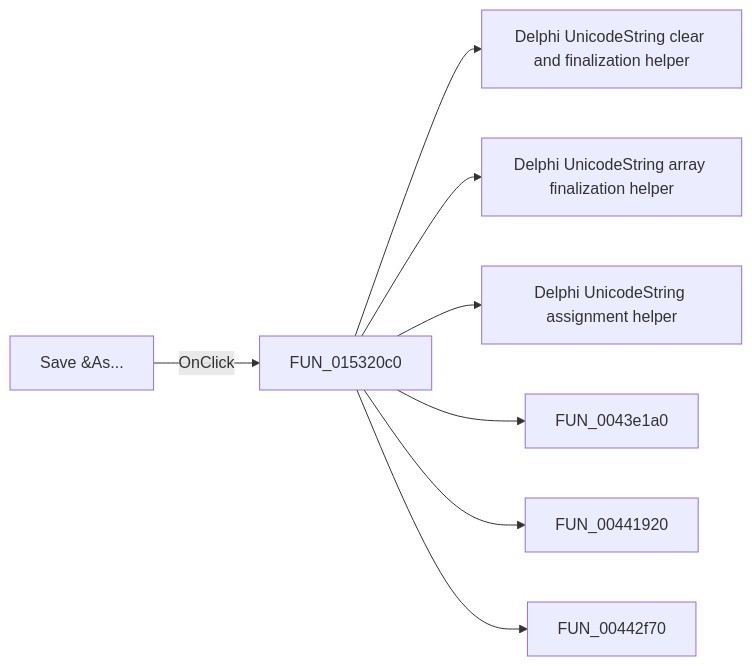
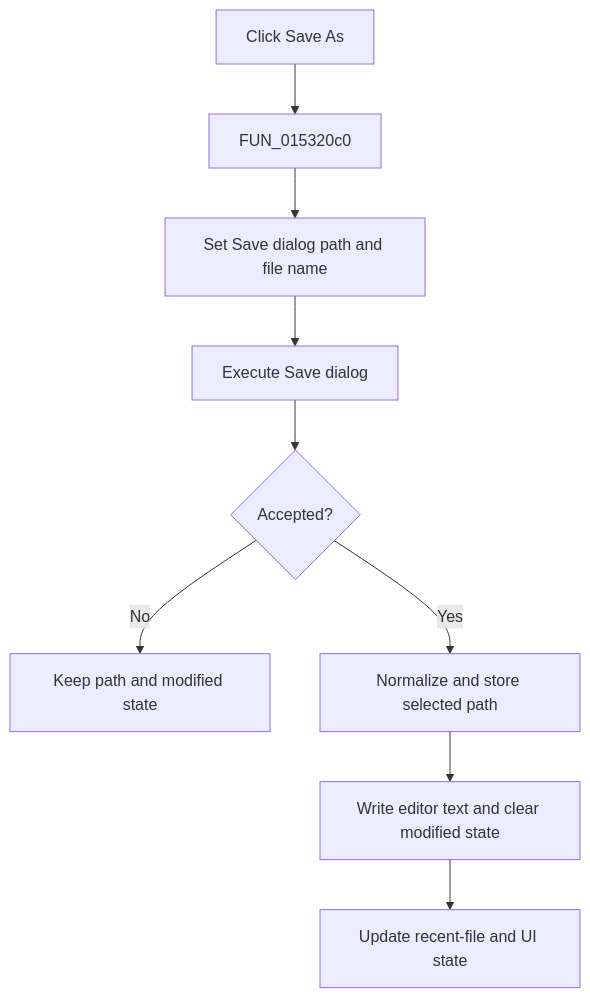
Before and after one commit to MovGP0/TIARA: the diagram in docs/ui-controls/netlisteditor/misaveas-3862886cb5.md, drawn with Mermaid. The commit also changed other lines of this file and 1062 other files, not shown here.

````diff
--- a/docs/ui-controls/netlisteditor/misaveas-3862886cb5.md
+++ b/docs/ui-controls/netlisteditor/misaveas-3862886cb5.md
@@ -27,10 +29,11 @@
 ```mermaid
-flowchart LR
-    control["Save &As..."] -->|OnClick| handler["FUN_015320c0"]
-    handler --> call1["Delphi UnicodeString clear and finalization helper"]
-    handler --> call2["Delphi UnicodeString array finalization helper"]
-    handler --> call3["Delphi UnicodeString assignment helper"]
-    handler --> call4["FUN_0043e1a0"]
-    handler --> call5["FUN_00441920"]
-    handler --> call6["FUN_00442f70"]
+flowchart TD
+    control["Click Save As"] --> handler["FUN_015320c0"]
+    handler --> prepare["Set Save dialog path and file name"]
+    prepare --> dialog["Execute Save dialog"]
+    dialog --> accepted{"Accepted?"}
+    accepted -->|No| cancel["Keep path and modified state"]
+    accepted -->|Yes| path["Normalize and store selected path"]
+    path --> write["Write editor text and clear modified state"]
+    write --> recent["Update recent-file and UI state"]
 ```
````
